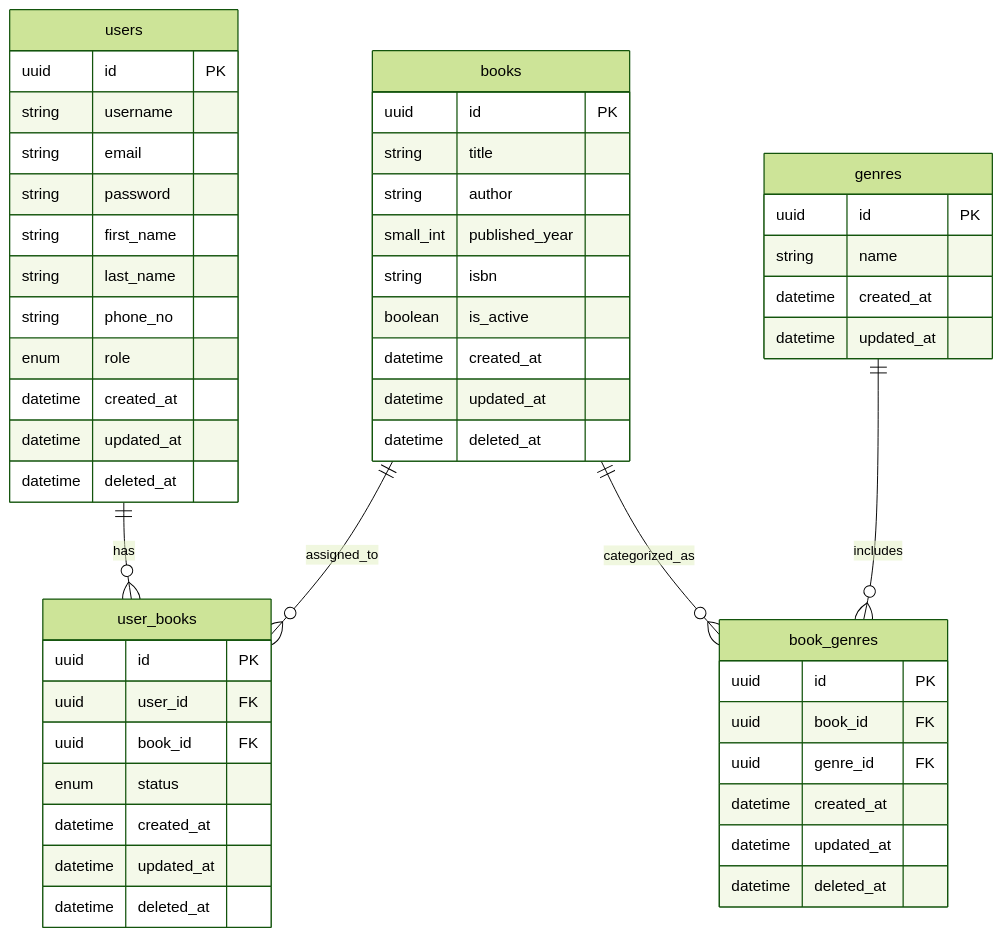
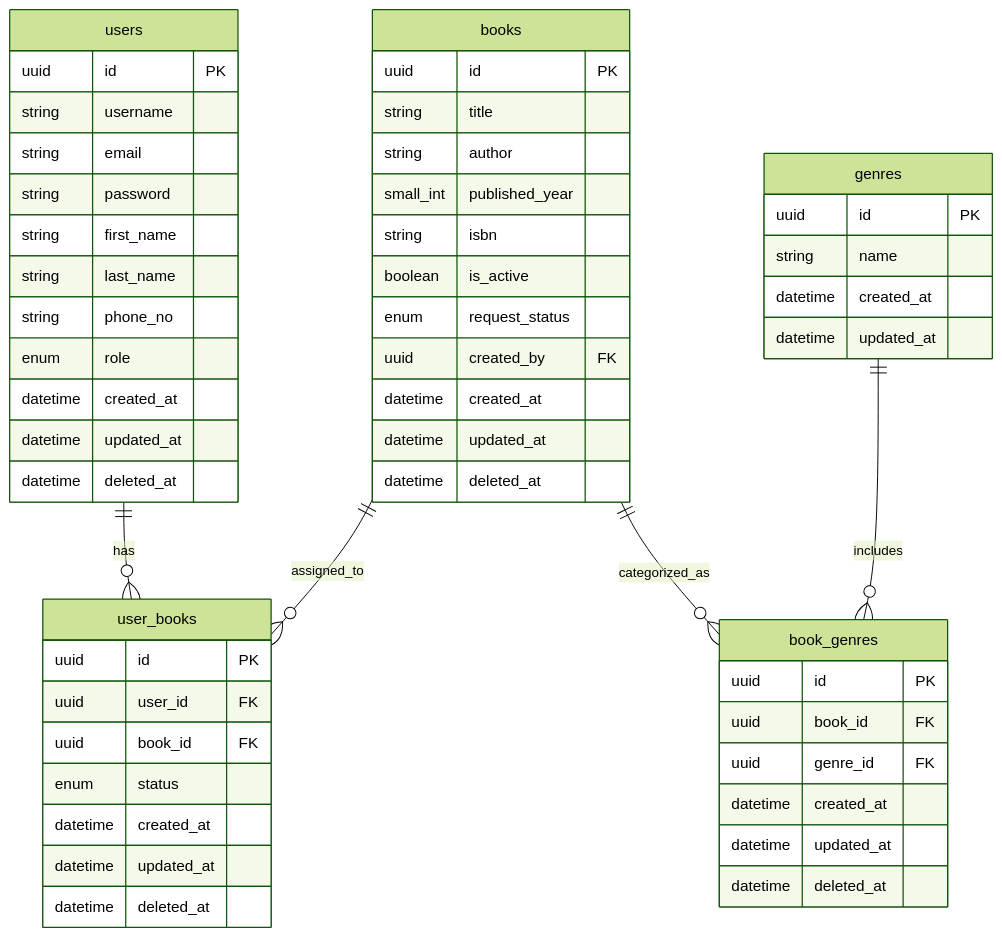
One commit to sarvjeet24kumar/BookShelf_Docs changed the diagram in bookshelf/docs/schema_design.md. Above: the diagram before and after it, drawn with Mermaid (forest theme). The commit also changed 8 other files, not shown here.

````diff
--- a/bookshelf/docs/schema_design.md
+++ b/bookshelf/docs/schema_design.md
@@ -1,62 +1,64 @@
 ```mermaid
 erDiagram
     users {
         uuid id PK
         string username
         string email
         string password
         string first_name
         string last_name
         string phone_no
         enum role
         datetime created_at
         datetime updated_at
         datetime deleted_at
     }
 
     genres {
         uuid id PK
         string name
         datetime created_at
         datetime updated_at
     }
 
     books {
         uuid id PK
         string title
         string author
         small_int published_year
         string isbn
         boolean is_active
+        enum request_status
+        uuid created_by FK
         datetime created_at
         datetime updated_at
         datetime deleted_at
     }
 
     user_books {
         uuid id PK
         uuid user_id FK
         uuid book_id FK
         enum status
         datetime created_at
         datetime updated_at
         datetime deleted_at
     }
 
     book_genres {
         uuid id PK
         uuid book_id FK
         uuid genre_id FK
         datetime created_at
         datetime updated_at
         datetime deleted_at
     }
 
     users ||--o{ user_books : has
     books ||--o{ user_books : assigned_to
 
     books ||--o{ book_genres : categorized_as
     genres ||--o{ book_genres : includes
 
 
 ```
````
